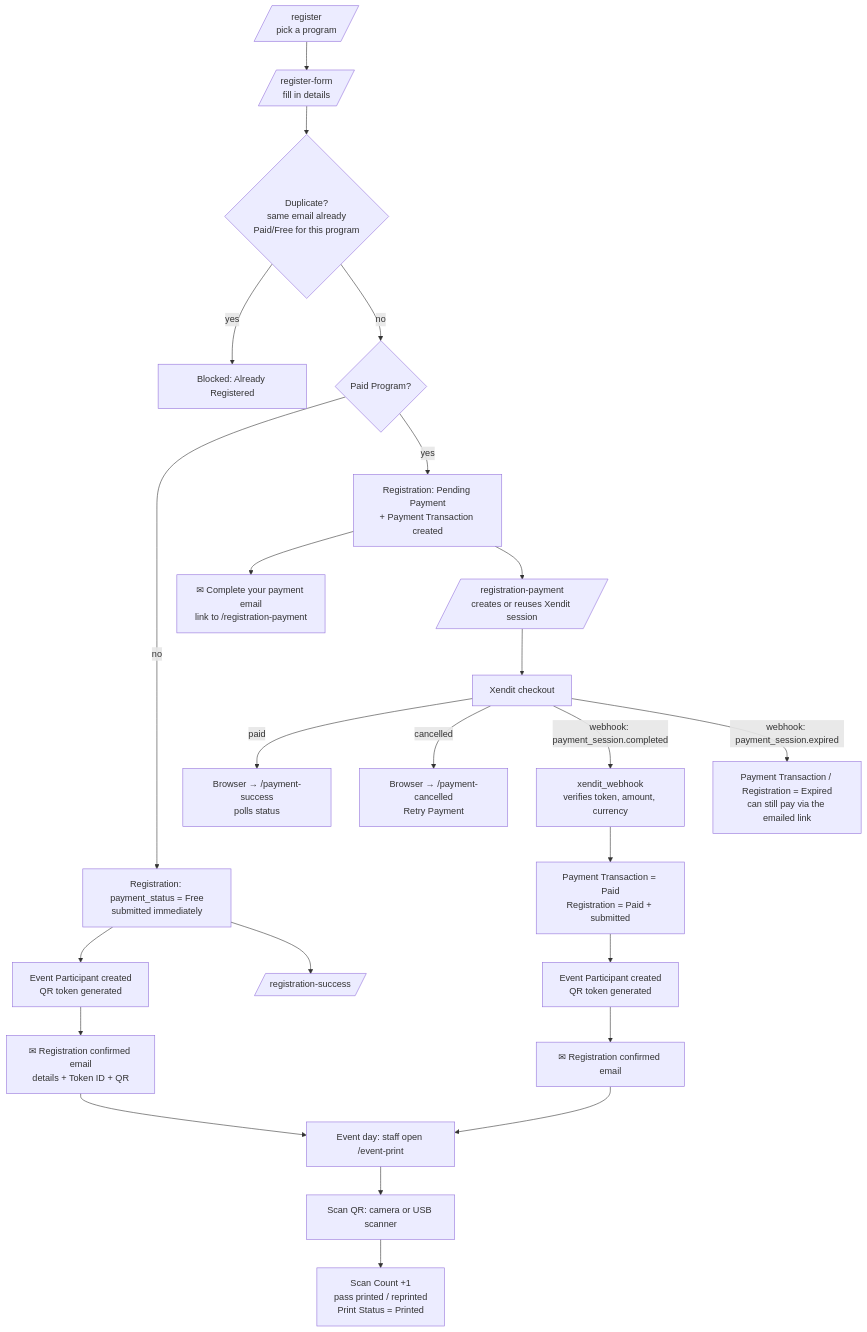
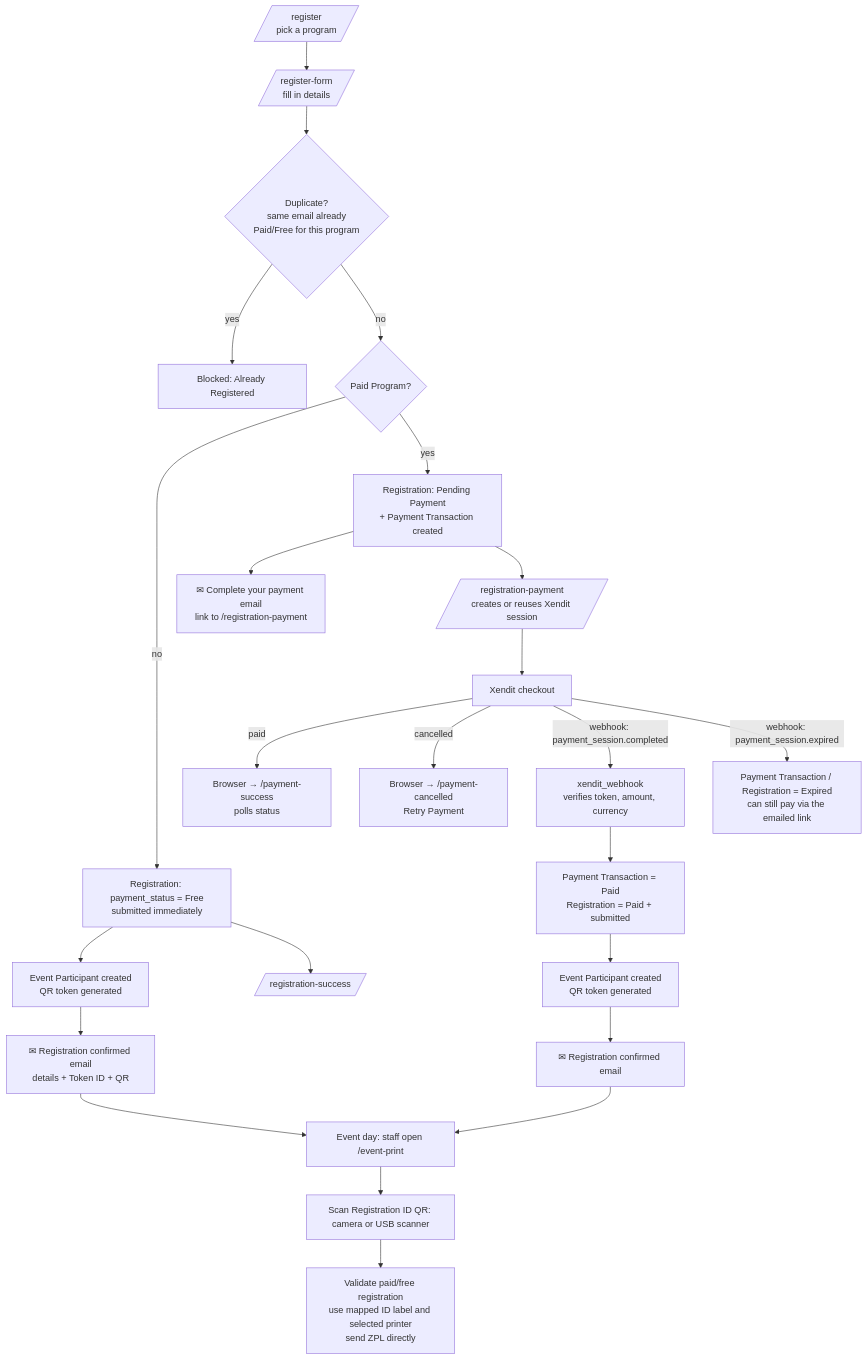
Before and after one commit to vince-legiondev/registration_portal: the diagram in README.md, drawn with Mermaid. The commit also changed other lines of this file, not shown here.

````diff
--- a/README.md
+++ b/README.md
@@ -179,28 +179,28 @@
 ```mermaid
 flowchart TD
     A[/register<br/>pick a program/] --> B[/register-form<br/>fill in details/]
     B --> C{Duplicate?<br/>same email already<br/>Paid/Free for this program}
     C -- yes --> X[Blocked: Already Registered]
     C -- no --> D{Paid Program?}
 
     D -- no --> F1[Registration: payment_status = Free<br/>submitted immediately]
     F1 --> F2[Event Participant created<br/>QR token generated]
     F2 --> F3[✉ Registration confirmed email<br/>details + Token ID + QR]
     F1 --> F4[/registration-success/]
 
     D -- yes --> P1[Registration: Pending Payment<br/>+ Payment Transaction created]
     P1 --> P2[✉ Complete your payment email<br/>link to /registration-payment]
     P1 --> P3[/registration-payment<br/>creates or reuses Xendit session/]
     P3 --> P4[Xendit checkout]
     P4 -- paid --> P5[Browser → /payment-success<br/>polls status]
     P4 -- cancelled --> P6[Browser → /payment-cancelled<br/>Retry Payment]
     P4 -- webhook: payment_session.completed --> W1[xendit_webhook<br/>verifies token, amount, currency]
     W1 --> W2[Payment Transaction = Paid<br/>Registration = Paid + submitted]
     W2 --> W3[Event Participant created<br/>QR token generated]
     W3 --> W4[✉ Registration confirmed email]
     P4 -- webhook: payment_session.expired --> E1[Payment Transaction / Registration = Expired<br/>can still pay via the emailed link]
 
     F3 & W4 --> S1[Event day: staff open /event-print]
-    S1 --> S2[Scan QR: camera or USB scanner]
-    S2 --> S3[Scan Count +1<br/>pass printed / reprinted<br/>Print Status = Printed]
+    S1 --> S2[Scan Registration ID QR: camera or USB scanner]
+    S2 --> S3[Validate paid/free registration<br/>use mapped ID label and selected printer<br/>send ZPL directly]
 ```
````
